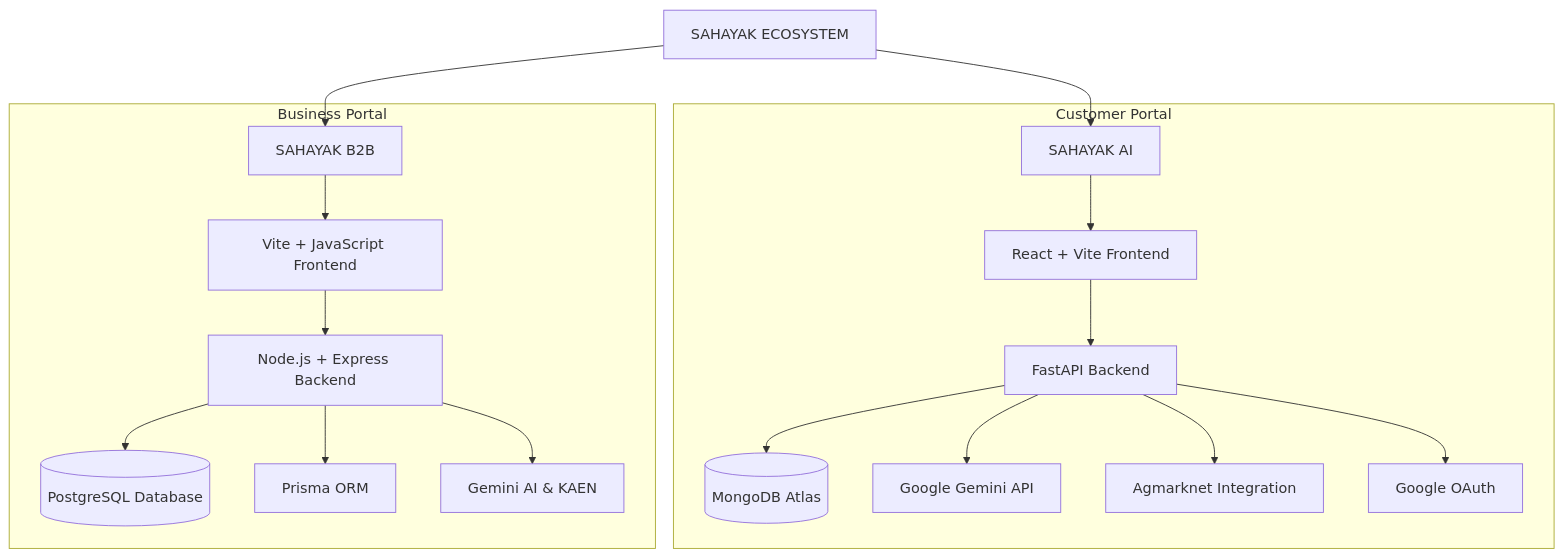
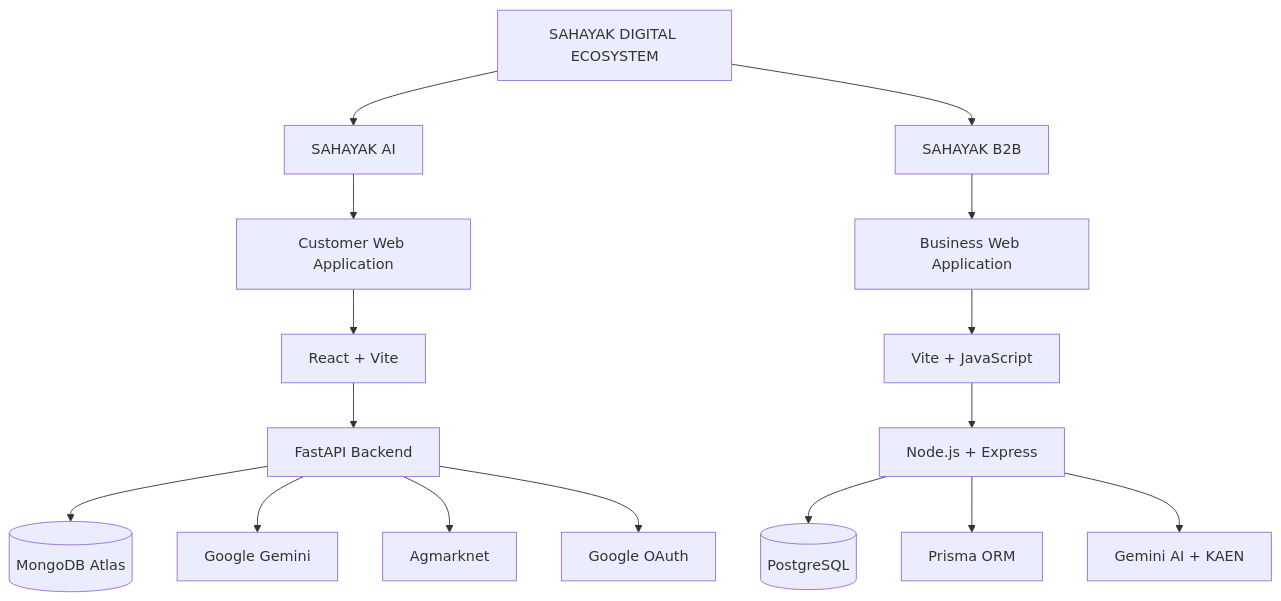
The diagram in README.md (jayasankartanguturi/SAHAYAK-AI-CUSTOMER-WEBSITE), drawn with Mermaid before and after one commit. The commit also changed other lines of this file, not shown here.

First line of the commit message:
SAHAYAK

````diff
--- a/README.md
+++ b/README.md
@@ -226,24 +258,22 @@
 ```mermaid
-flowchart TD
-    A["SAHAYAK ECOSYSTEM"]
+flowchart TB
+    A["SAHAYAK DIGITAL ECOSYSTEM"]
 
     A --> B["SAHAYAK AI"]
     A --> C["SAHAYAK B2B"]
 
-    subgraph Customer["Customer Portal"]
-        B --> D["React + Vite Frontend"]
-        D --> E["FastAPI Backend"]
-        E --> F[("MongoDB Atlas")]
-        E --> G["Google Gemini API"]
-        E --> H["Agmarknet Integration"]
-        E --> I["Google OAuth"]
-    end
+    B --> D["Customer Web Application"]
+    D --> E["React + Vite"]
+    E --> F["FastAPI Backend"]
+    F --> G[("MongoDB Atlas")]
+    F --> H["Google Gemini"]
+    F --> I["Agmarknet"]
+    F --> J["Google OAuth"]
 
-    subgraph Business["Business Portal"]
-        C --> J["Vite + JavaScript Frontend"]
-        J --> K["Node.js + Express Backend"]
-        K --> L[("PostgreSQL Database")]
-        K --> M["Prisma ORM"]
-        K --> N["Gemini AI & KAEN"]
-    end
+    C --> K["Business Web Application"]
+    K --> L["Vite + JavaScript"]
+    L --> M["Node.js + Express"]
+    M --> N[("PostgreSQL")]
+    M --> O["Prisma ORM"]
+    M --> P["Gemini AI + KAEN"]
 ```
````
